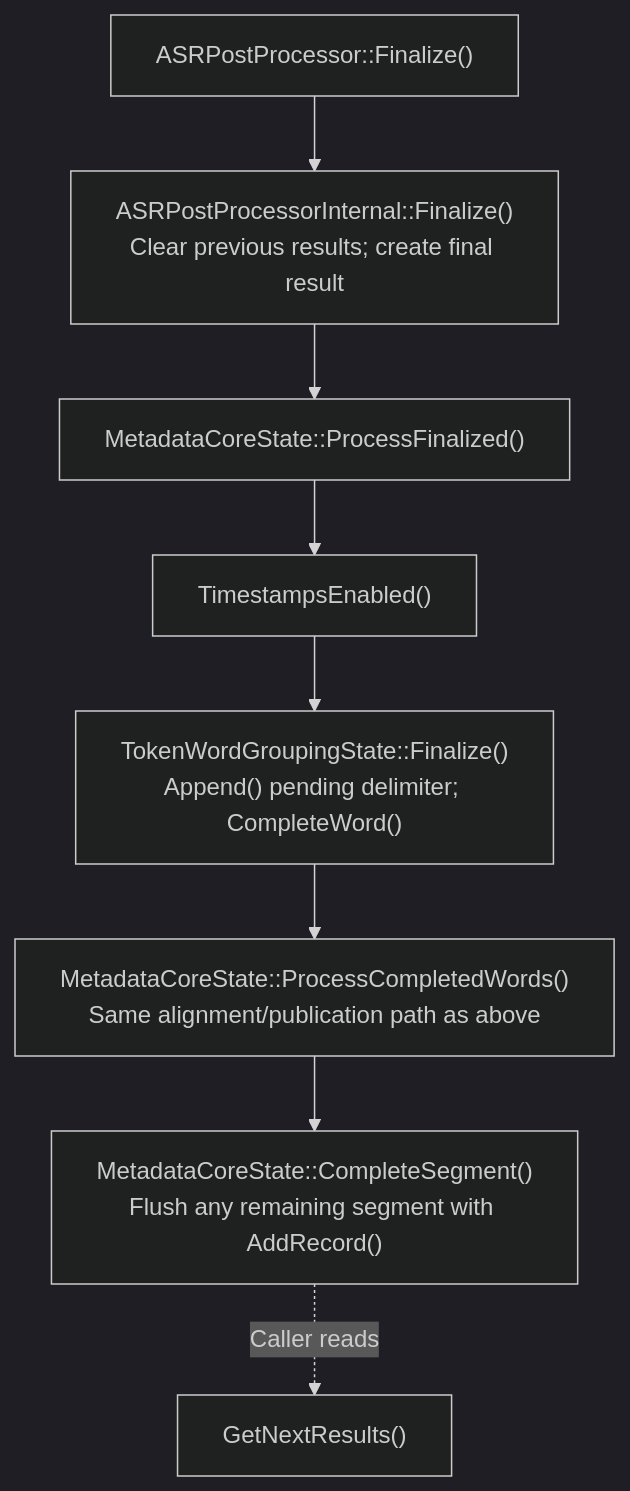
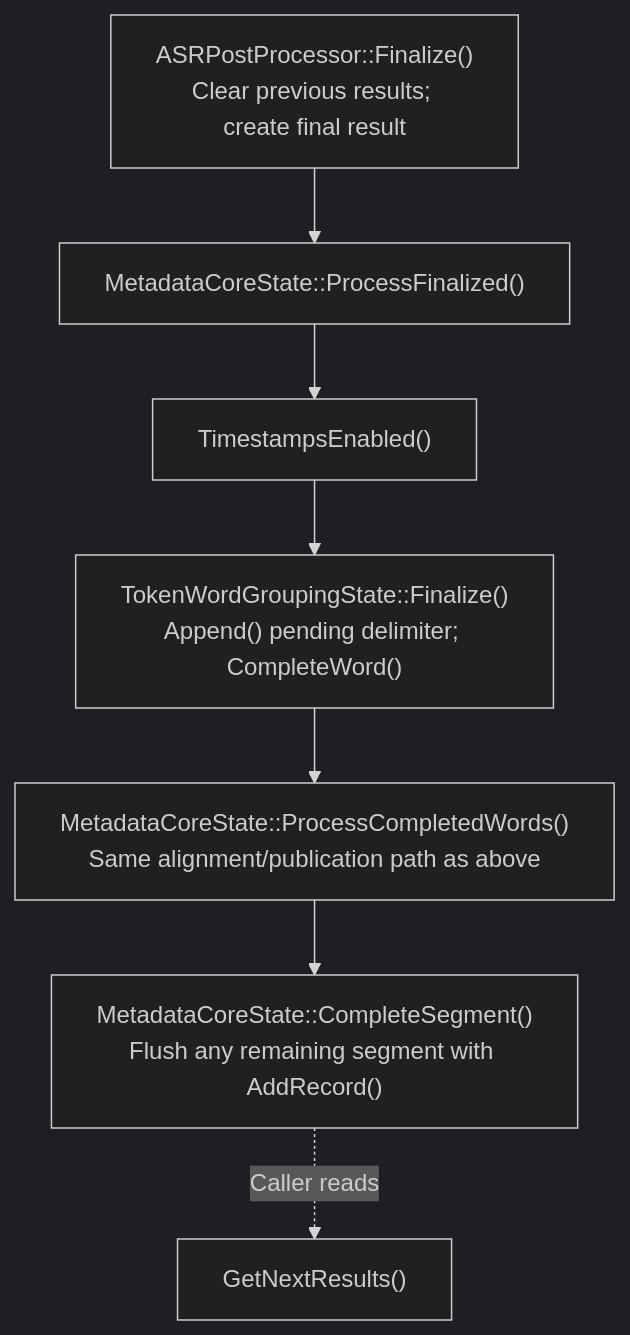
The second of 2 diagrams in docs/metadata_decode.md (microsoft/onnxruntime-genai), drawn with Mermaid (dark theme) before and after one commit. The commit also changed other lines of this file and 6 other files, not shown here.

````diff
--- a/docs/metadata_decode.md
+++ b/docs/metadata_decode.md
@@ -188,10 +189,9 @@
 ```mermaid
 flowchart TD
-  finalize["ASRPostProcessor::Finalize()"] --> stream["ASRPostProcessorInternal::Finalize()<br/>Clear previous results; create final result"]
-  stream --> state["MetadataCoreState::ProcessFinalized()"]
+  finalize["ASRPostProcessor::Finalize()<br/>Clear previous results; create final result"] --> state["MetadataCoreState::ProcessFinalized()"]
   state --> enabled["TimestampsEnabled()"]
   enabled --> group["TokenWordGroupingState::Finalize()<br/>Append() pending delimiter; CompleteWord()"]
   group --> words["MetadataCoreState::ProcessCompletedWords()<br/>Same alignment/publication path as above"]
   words --> segment["MetadataCoreState::CompleteSegment()<br/>Flush any remaining segment with AddRecord()"]
   segment -.->|Caller reads| results["GetNextResults()"]
 ```
````
